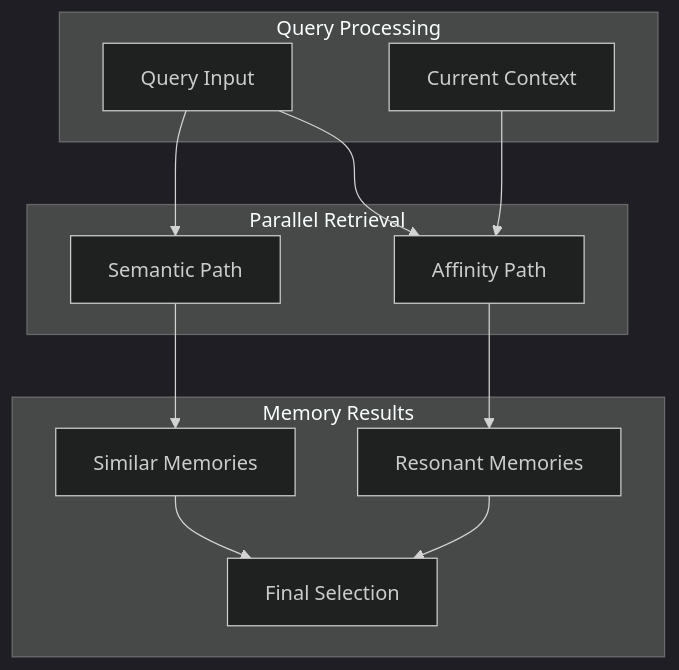
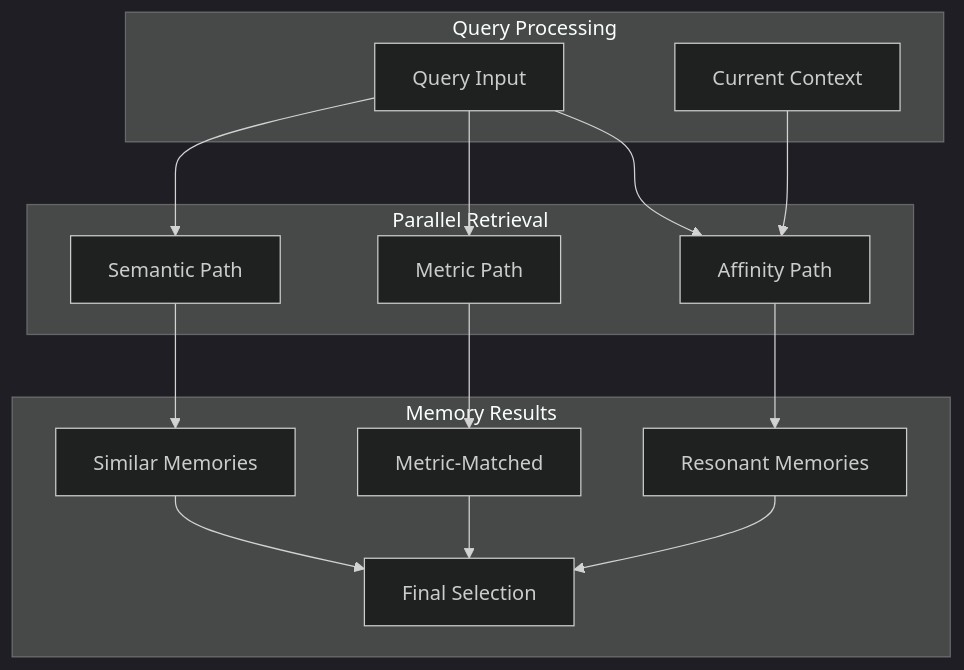
The second of 2 diagrams in docs/theory/memory-models.md (lanethefox/ProjectEUMAS), drawn with Mermaid (dark theme) before and after one commit. The commit also changed other lines of this file and 1 other file, not shown here.

Commit message:
Updated memory models and Supabase schema to include metric-based evaluations

````diff
--- a/docs/theory/memory-models.md
+++ b/docs/theory/memory-models.md
@@ -43,28 +72,33 @@
 ```mermaid
 graph TD
     subgraph Query[Query Processing]
         Input[Query Input]
         Context[Current Context]
     end
 
     subgraph Paths[Parallel Retrieval]
         Semantic[Semantic Path]
+        Metric[Metric Path]
         Affinity[Affinity Path]
     end
 
     subgraph Results[Memory Results]
         Similar[Similar Memories]
         Resonant[Resonant Memories]
+        MetricMatch[Metric-Matched]
         Combined[Final Selection]
     end
 
     Input --> Semantic
+    Input --> Metric
     Input --> Affinity
     Context --> Affinity
     
     Semantic --> Similar
+    Metric --> MetricMatch
     Affinity --> Resonant
     
     Similar --> Combined
+    MetricMatch --> Combined
     Resonant --> Combined
 ```
````
